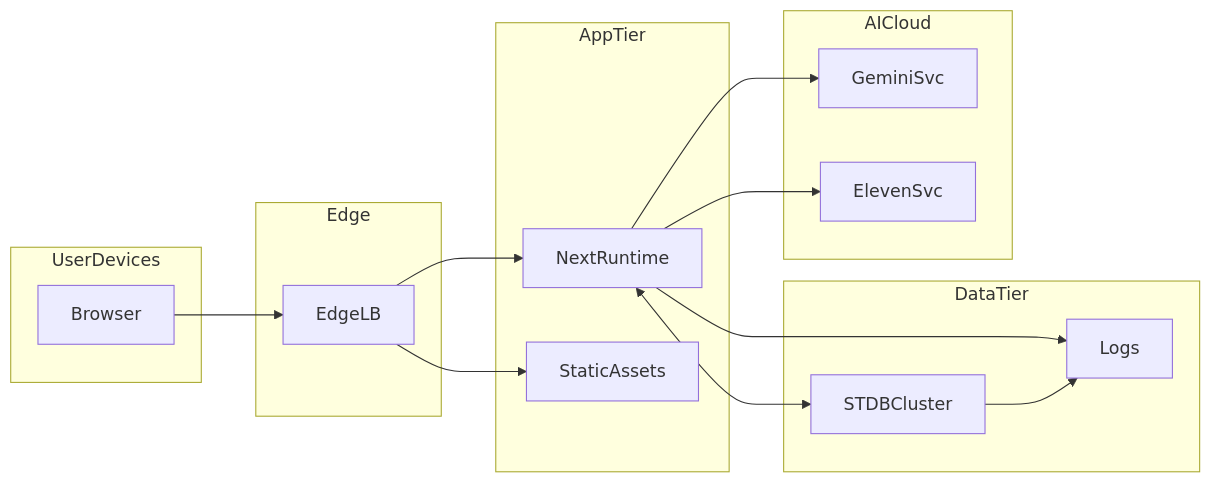
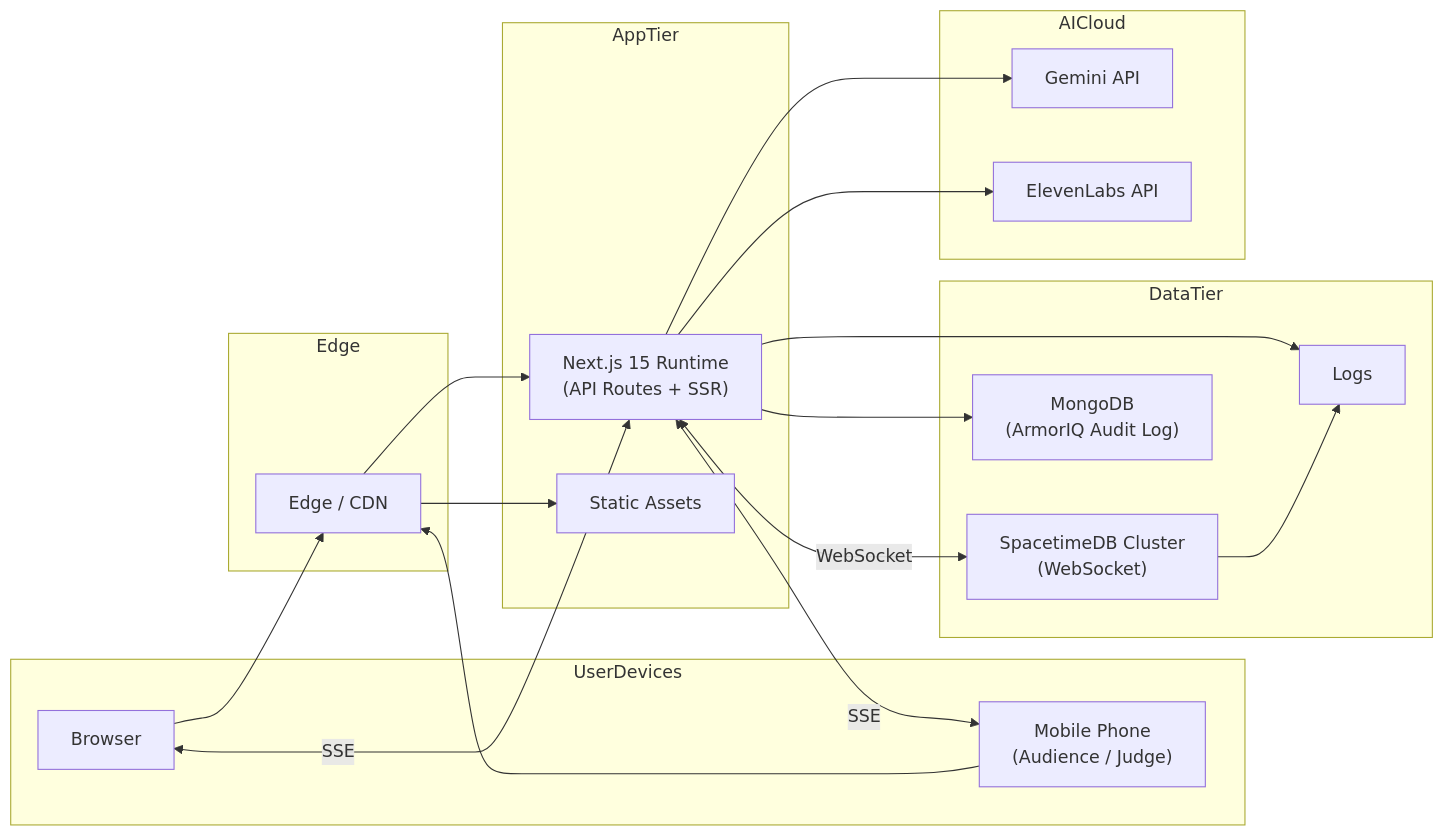
Before and after one commit to arvinder004/PULSE_HACKBYTE4.0: the third of 10 diagrams in PULSE_ARCHITECTUREPLAN.md, drawn with Mermaid. The commit also changed other lines of this file, not shown here.

````diff
--- a/PULSE_ARCHITECTUREPLAN.md
+++ b/PULSE_ARCHITECTUREPLAN.md
@@ -181,36 +279,42 @@
 ```mermaid
 graph LR
     subgraph UserDevices
         Browser
+        MobilePhone["Mobile Phone<br/>(Audience / Judge)"]
     end
 
     subgraph Edge
-        EdgeLB
+        EdgeLB["Edge / CDN"]
     end
 
     subgraph AppTier
-        NextRuntime
-        StaticAssets
+        NextRuntime["Next.js 15 Runtime<br/>(API Routes + SSR)"]
+        StaticAssets["Static Assets"]
     end
 
     subgraph DataTier
-        STDBCluster
-        Logs
+        STDBCluster["SpacetimeDB Cluster<br/>(WebSocket)"]
+        MongoDB["MongoDB<br/>(ArmorIQ Audit Log)"]
+        Logs["Logs"]
     end
 
     subgraph AICloud
-        GeminiSvc
-        ElevenSvc
+        GeminiSvc["Gemini API"]
+        ElevenSvc["ElevenLabs API"]
     end
 
     Browser --> EdgeLB
+    MobilePhone --> EdgeLB
     EdgeLB --> NextRuntime
     EdgeLB --> StaticAssets
 
-    NextRuntime <--> STDBCluster
+    NextRuntime <-->|WebSocket| STDBCluster
+    NextRuntime <-->|SSE| Browser
+    NextRuntime <-->|SSE| MobilePhone
     NextRuntime --> GeminiSvc
     NextRuntime --> ElevenSvc
+    NextRuntime --> MongoDB
 
     NextRuntime --> Logs
     STDBCluster --> Logs
 ```
````
